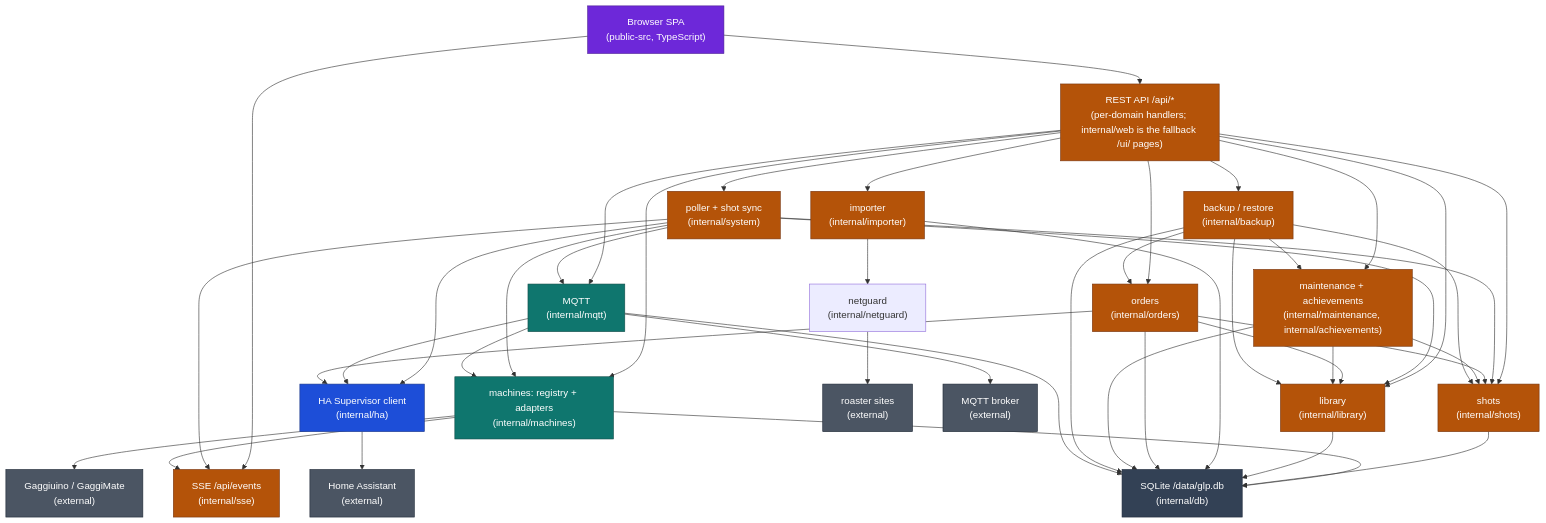
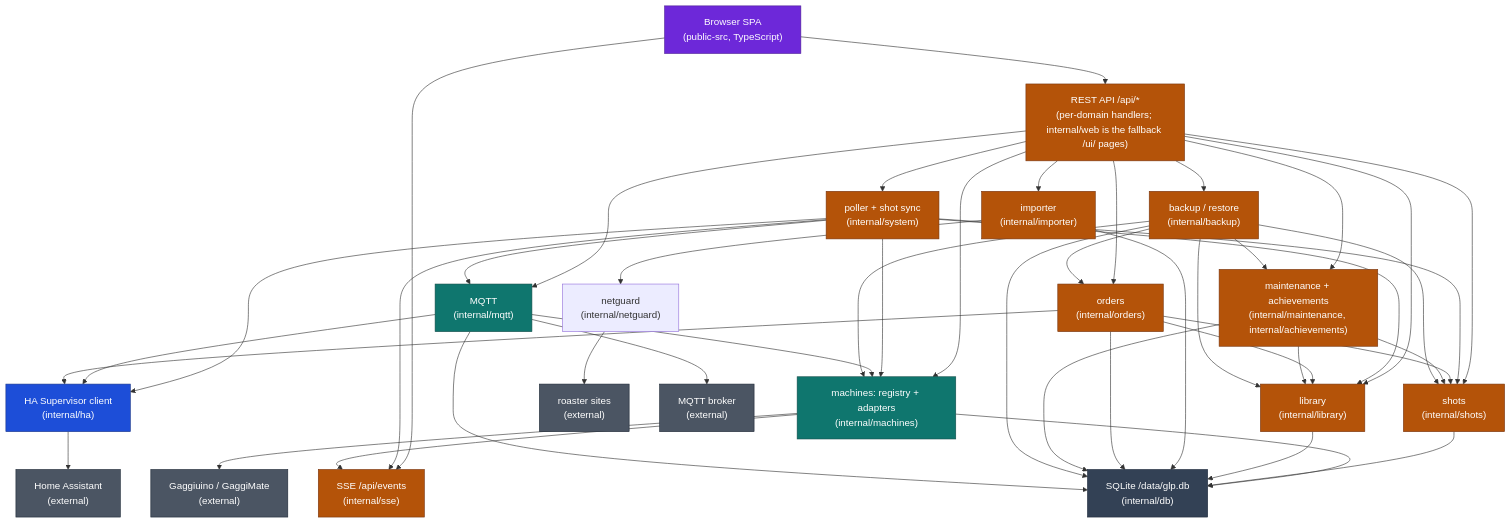
Before and after one commit to mxkissnr/gaggiuino-local-profiler: the second of 2 diagrams in README.md, drawn with Mermaid. The commit also changed 3 other files, not shown here.

```diff
--- a/README.md
+++ b/README.md
@@ -331,6 +331,7 @@
   BACKUP --> LIB
   BACKUP --> ORD
   BACKUP --> MAINT
+  BACKUP --> MACH
   HA --> EX_HA
 
   classDef app fill:#b45309,stroke:#78350f,color:#fff
```
